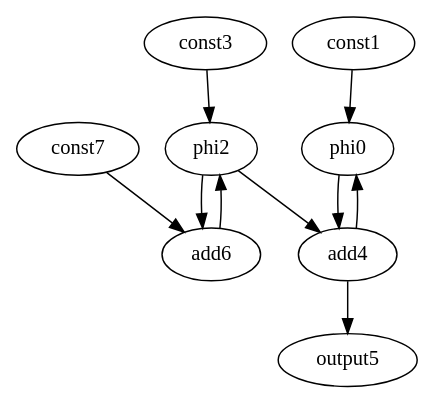
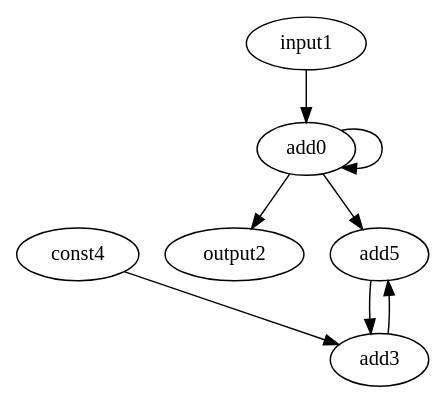
One commit to dekisa/cgra-me changed the diagram in benchmarks/microbench/sum/graph_loop.dot. Above: the diagram before and after it, drawn with Graphviz. The commit also changed 3 other files, not shown here.

```diff
--- a/benchmarks/microbench/sum/graph_loop.dot
+++ b/benchmarks/microbench/sum/graph_loop.dot
@@ -1,19 +1,15 @@
 digraph G {
-phi0[opcode=phi];
-const1[opcode=const];
-phi2[opcode=phi];
-const3[opcode=const];
-add4[opcode=add];
-output5[opcode=output];
-add6[opcode=add];
-const7[opcode=const];
-phi0->add4[operand=0]; //phi->add
-phi2->add4[operand=1]; //phi->add
-phi2->add6[operand=0]; //phi->add
-add4->phi0[operand=0]; //add->phi
-add4->output5[operand=0]; //add->output
-add6->phi2[operand=0]; //add->phi
-const1->phi0[operand=1]; //const->phi
-const3->phi2[operand=1]; //const->phi
-const7->add6[operand=1]; //const->add
+add0[opcode=add];
+input1[opcode=input];
+output2[opcode=output];
+add3[opcode=add];
+const4[opcode=const];
+add5[opcode=add];
+add0->output2[operand=0]; //add->output
+add0->add5[operand=1]; //add->add
+add0->add0[operand=0]; //add->add
+add3->add5[operand=0]; //add->add
+add5->add3[operand=0]; //add->add
+input1->add0[operand=1]; //input->add
+const4->add3[operand=1]; //const->add
 }
```
